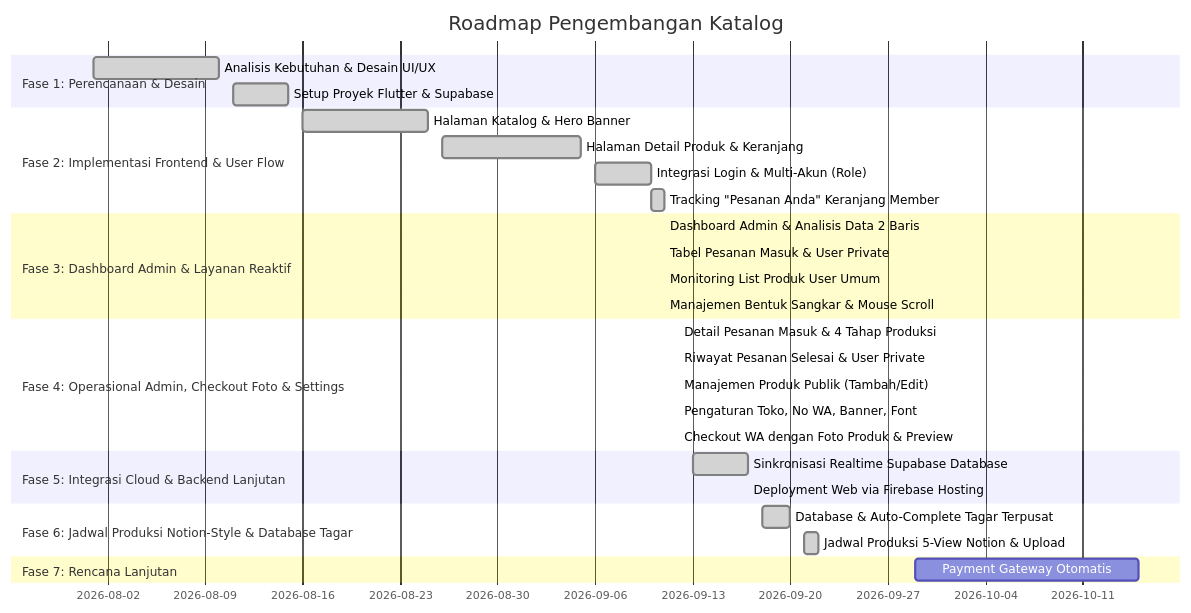
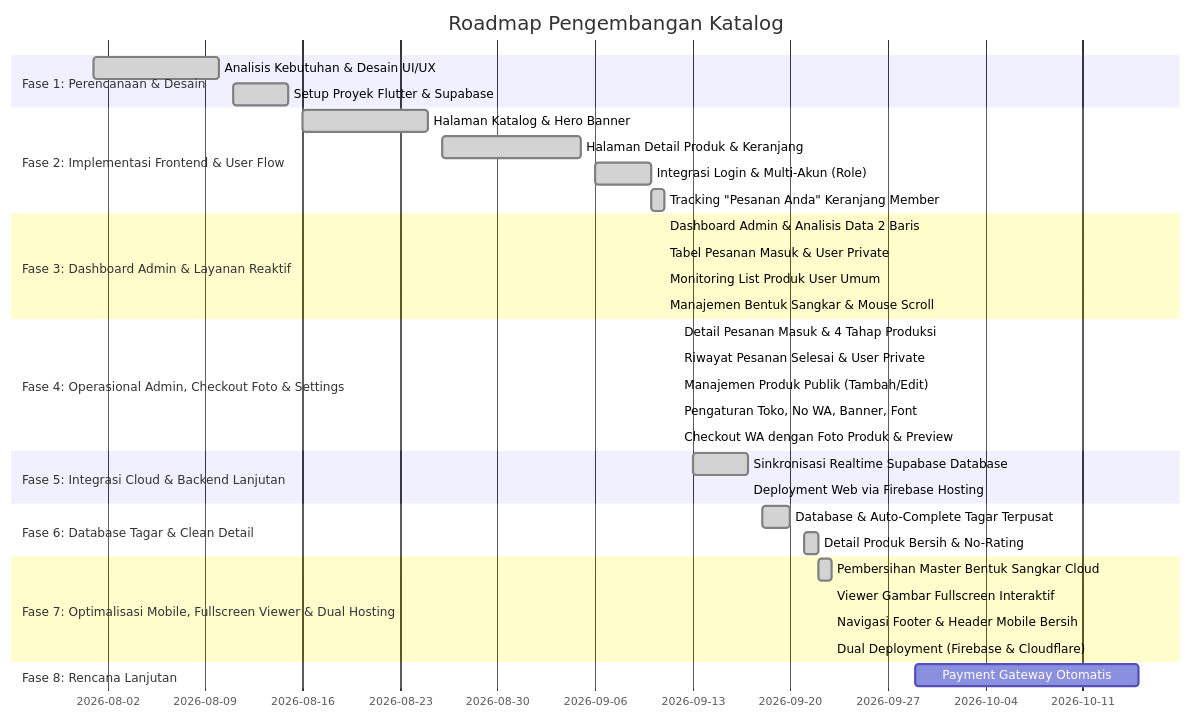
Before and after one commit to Dav2257/katalog: the diagram in dokumen/planing/README.md, drawn with Mermaid. The commit also changed other lines of this file and 22 other files, not shown here.

````diff
--- a/dokumen/planing/README.md
+++ b/dokumen/planing/README.md
@@ -31,32 +31,37 @@
 ```mermaid
 gantt
     title Roadmap Pengembangan Katalog
     dateFormat  YYYY-MM-DD
     section Fase 1: Perencanaan & Desain
     Analisis Kebutuhan & Desain UI/UX       :done,    des1, 2026-08-01, 2026-08-10
     Setup Proyek Flutter & Supabase         :done,    des2, 2026-08-11, 2026-08-15
     section Fase 2: Implementasi Frontend & User Flow
     Halaman Katalog & Hero Banner           :done,    fe1,  2026-08-16, 2026-08-25
     Halaman Detail Produk & Keranjang       :done,    fe2,  2026-08-26, 2026-09-05
     Integrasi Login & Multi-Akun (Role)     :done,    fe3,  2026-09-06, 2026-09-10
     Tracking "Pesanan Anda" Keranjang Member:done,    fe4,  2026-09-10, 2026-09-11
     section Fase 3: Dashboard Admin & Layanan Reaktif
     Dashboard Admin & Analisis Data 2 Baris :done,    adm1, 2026-09-11, 2026-09-11
     Tabel Pesanan Masuk & User Private      :done,    adm2, 2026-09-11, 2026-09-11
     Monitoring List Produk User Umum        :done,    adm3, 2026-09-11, 2026-09-11
     Manajemen Bentuk Sangkar & Mouse Scroll :done,    adm4, 2026-09-11, 2026-09-11
     section Fase 4: Operasional Admin, Checkout Foto & Settings
     Detail Pesanan Masuk & 4 Tahap Produksi :done,    adm5, 2026-09-12, 2026-09-12
     Riwayat Pesanan Selesai & User Private  :done,    adm6, 2026-09-12, 2026-09-12
     Manajemen Produk Publik (Tambah/Edit)   :done,    adm7, 2026-09-12, 2026-09-12
     Pengaturan Toko, No WA, Banner, Font    :done,    adm8, 2026-09-12, 2026-09-12
     Checkout WA dengan Foto Produk & Preview:done,    fe5,  2026-09-12, 2026-09-12
     section Fase 5: Integrasi Cloud & Backend Lanjutan
     Sinkronisasi Realtime Supabase Database :done,    be1,  2026-09-13, 2026-09-17
     Deployment Web via Firebase Hosting     :done,    fe6,  2026-09-17, 2026-09-17
-    section Fase 6: Jadwal Produksi Notion-Style & Database Tagar
+    section Fase 6: Database Tagar & Clean Detail
     Database & Auto-Complete Tagar Terpusat :done,    fe7,  2026-09-18, 2026-09-20
-    Jadwal Produksi 5-View Notion & Upload  :done,    fe8,  2026-09-21, 2026-09-22
-    section Fase 7: Rencana Lanjutan
-    Payment Gateway Otomatis                :         be2,  2026-09-29, 2026-10-15
+    Detail Produk Bersih & No-Rating        :done,    fe8,  2026-09-21, 2026-09-22
+    section Fase 7: Optimalisasi Mobile, Fullscreen Viewer & Dual Hosting
+    Pembersihan Master Bentuk Sangkar Cloud :done,    be2,  2026-09-22, 2026-09-23
+    Viewer Gambar Fullscreen Interaktif     :done,    fe9,  2026-09-23, 2026-09-23
+    Navigasi Footer & Header Mobile Bersih  :done,    fe10, 2026-09-23, 2026-09-23
+    Dual Deployment (Firebase & Cloudflare) :done,    fe11, 2026-09-23, 2026-09-23
+    section Fase 8: Rencana Lanjutan
+    Payment Gateway Otomatis                :         be3,  2026-09-29, 2026-10-15
 ```
````
